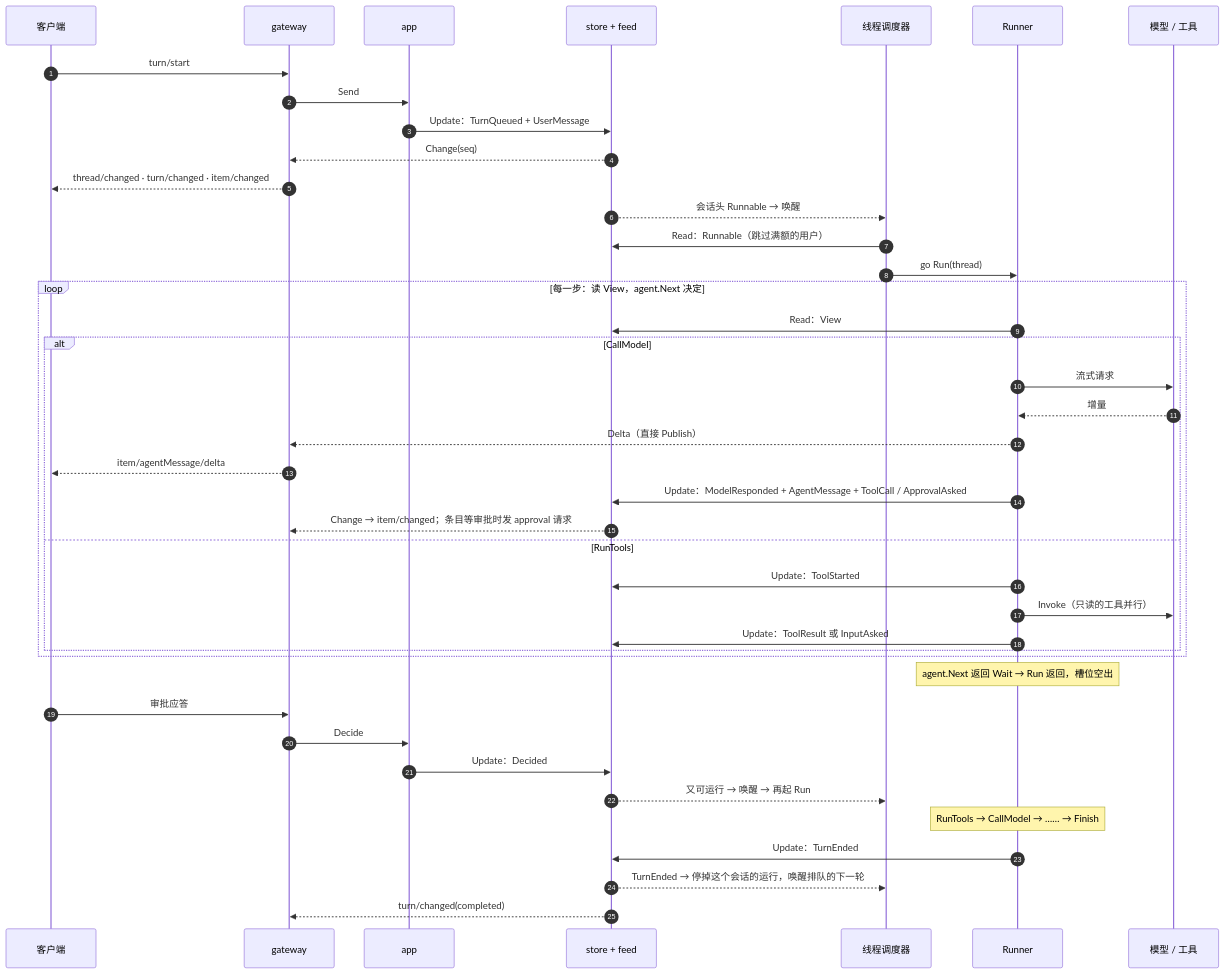
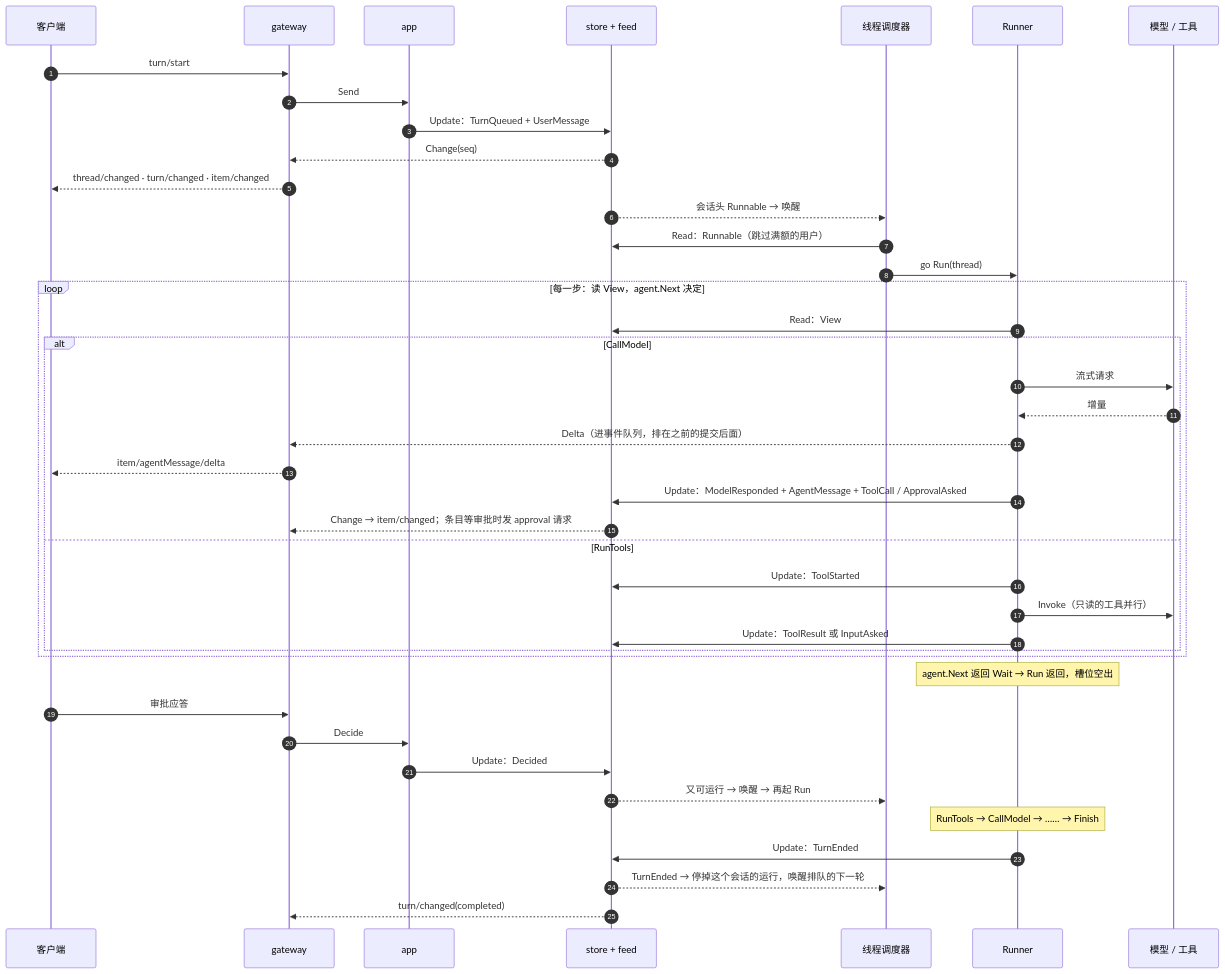
Before and after one commit to 0xfakeSpike/ollupi: the second of 3 diagrams in docs/event-flow.md, drawn with Mermaid. The commit also changed other lines of this file and 6 other files, not shown here.

````diff
--- a/docs/event-flow.md
+++ b/docs/event-flow.md
@@ -91,46 +91,46 @@
 ```mermaid
 sequenceDiagram
   autonumber
   participant C as 客户端
   participant G as gateway
   participant A as app
   participant S as store + feed
   participant Q as 线程调度器
   participant R as Runner
   participant M as 模型 / 工具
 
   C->>G: turn/start
   G->>A: Send
   A->>S: Update：TurnQueued + UserMessage
   S-->>G: Change(seq)
   G-->>C: thread/changed · turn/changed · item/changed
   S-->>Q: 会话头 Runnable → 唤醒
   Q->>S: Read：Runnable（跳过满额的用户）
   Q->>R: go Run(thread)
 
   loop 每一步：读 View，agent.Next 决定
     R->>S: Read：View
     alt CallModel
       R->>M: 流式请求
       M-->>R: 增量
-      R-->>G: Delta（直接 Publish）
+      R-->>G: Delta（进事件队列，排在之前的提交后面）
       G-->>C: item/agentMessage/delta
       R->>S: Update：ModelResponded + AgentMessage + ToolCall / ApprovalAsked
       S-->>G: Change → item/changed；条目等审批时发 approval 请求
     else RunTools
       R->>S: Update：ToolStarted
       R->>M: Invoke（只读的工具并行）
       R->>S: Update：ToolResult 或 InputAsked
     end
   end
   Note over R: agent.Next 返回 Wait → Run 返回，槽位空出
 
   C->>G: 审批应答
   G->>A: Decide
   A->>S: Update：Decided
   S-->>Q: 又可运行 → 唤醒 → 再起 Run
   Note over R: RunTools → CallModel → …… → Finish
   R->>S: Update：TurnEnded
   S-->>Q: TurnEnded → 停掉这个会话的运行，唤醒排队的下一轮
   S-->>G: turn/changed(completed)
 ```
````
